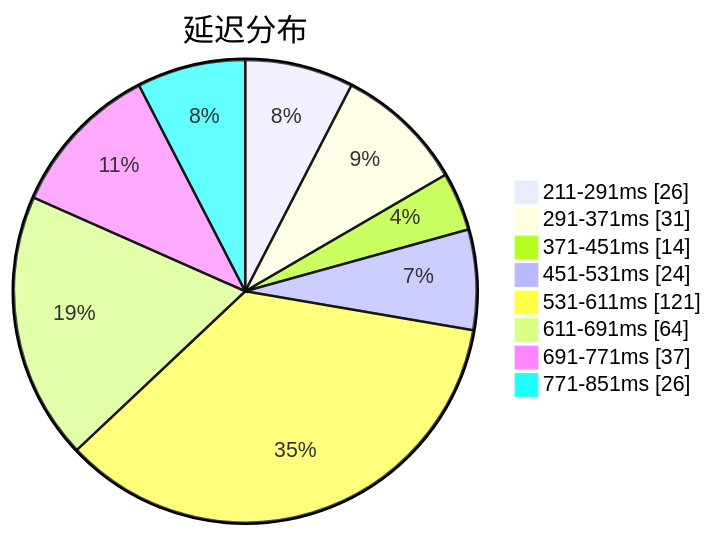
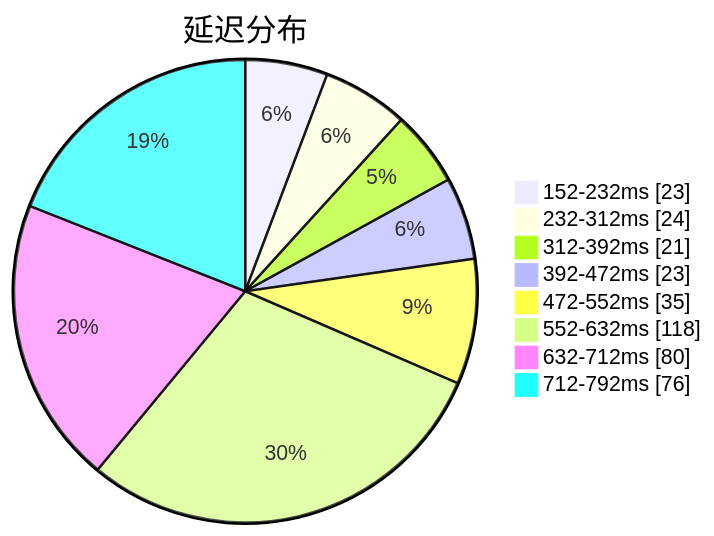
The first of 3 diagrams in subs/statistics/tested_within.md (qjlxg/airport), drawn with Mermaid before and after one commit. The commit also changed other lines of this file and 2 other files, not shown here.

Commit message:
Tested by metaST

````diff
--- a/subs/statistics/tested_within.md
+++ b/subs/statistics/tested_within.md
@@ -2,12 +2,12 @@
 ```mermaid
 pie showData
 title 延迟分布
-"211-291ms" : 26
-"291-371ms" : 31
-"371-451ms" : 14
-"451-531ms" : 24
-"531-611ms" : 121
-"611-691ms" : 64
-"691-771ms" : 37
-"771-851ms" : 26
+"152-232ms" : 23
+"232-312ms" : 24
+"312-392ms" : 21
+"392-472ms" : 23
+"472-552ms" : 35
+"552-632ms" : 118
+"632-712ms" : 80
+"712-792ms" : 76
 ```
````
